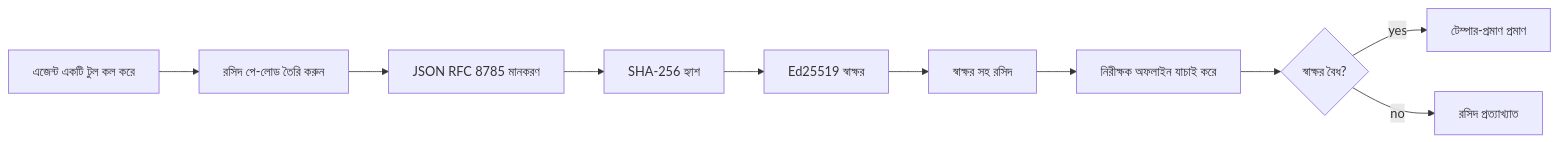
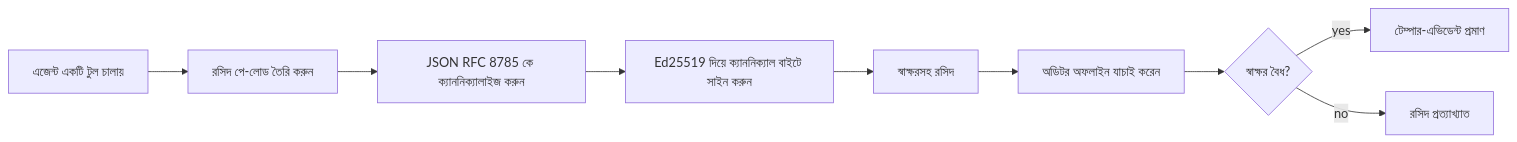
Before and after one commit to microsoft/ai-agents-for-beginners: the first of 2 diagrams in translations/bn/18-securing-ai-agents/README.md, drawn with Mermaid. The commit also changed other lines of this file and 45 other files, not shown here.

````diff
--- a/translations/bn/18-securing-ai-agents/README.md
+++ b/translations/bn/18-securing-ai-agents/README.md
@@ -51,12 +51,11 @@
 ```mermaid
 flowchart LR
-    A[এজেন্ট একটি টুল কল করে] --> B[রসিদ পে-লোড তৈরি করুন]
-    B --> C[JSON RFC 8785 মানকরণ]
-    C --> D[SHA-256 হ্যাশ]
-    D --> E[Ed25519 স্বাক্ষর]
-    E --> F[স্বাক্ষর সহ রসিদ]
-    F --> G[নিরীক্ষক অফলাইন যাচাই করে]
+    A[এজেন্ট একটি টুল চালায়] --> B[রসিদ পে-লোড তৈরি করুন]
+    B --> C[JSON RFC 8785 কে ক্যাননিক্যালাইজ করুন]
+    C --> E[Ed25519 দিয়ে ক্যাননিক্যাল বাইটে সাইন করুন]
+    E --> F[স্বাক্ষরসহ রসিদ]
+    F --> G[অডিটর অফলাইন যাচাই করেন]
     G --> H{স্বাক্ষর বৈধ?}
-    H -- yes --> I[টেম্পার-প্রমাণ প্রমাণ]
+    H -- yes --> I[টেম্পার-এভিডেন্ট প্রমাণ]
     H -- no --> J[রসিদ প্রত্যাখ্যাত]
 ```
````
